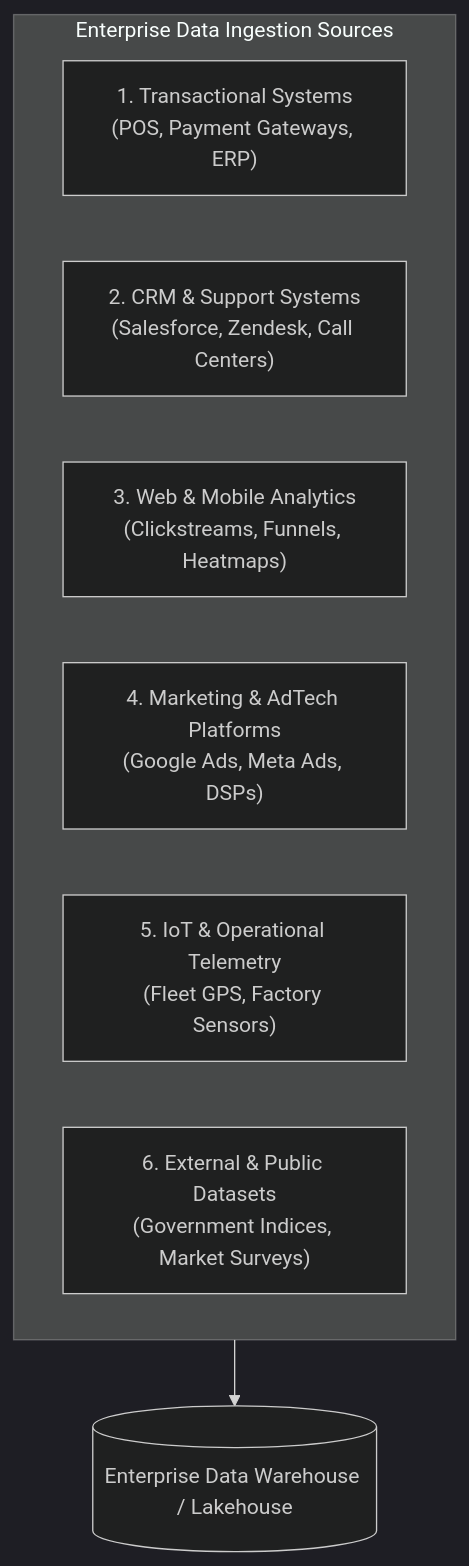
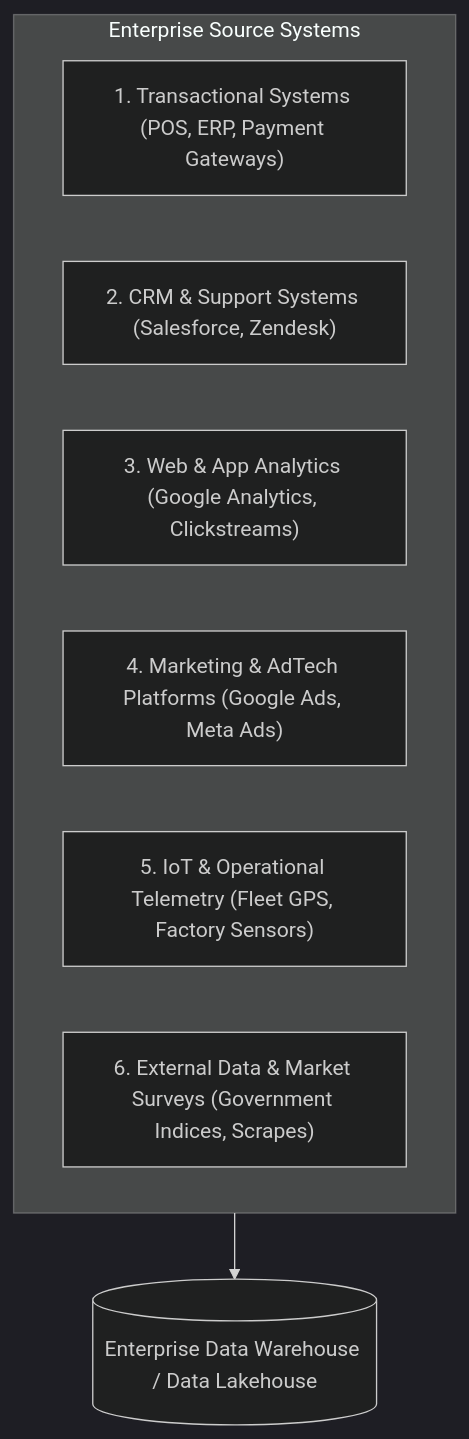
The fourth of 7 diagrams in notes/data_analysis/Chapter7_Introduction_to_Business_Data.md (DeepLumiere/DeepSkills), drawn with Mermaid (dark theme) before and after one commit. The commit also changed other lines of this file and 8 other files, not shown here.

````diff
--- a/notes/data_analysis/Chapter7_Introduction_to_Business_Data.md
+++ b/notes/data_analysis/Chapter7_Introduction_to_Business_Data.md
@@ -217,12 +170,12 @@
 ```mermaid
 flowchart TD
-    subgraph Sources["Enterprise Data Ingestion Sources"]
-        S1["1. Transactional Systems<br/>(POS, Payment Gateways, ERP)"]
-        S2["2. CRM & Support Systems<br/>(Salesforce, Zendesk, Call Centers)"]
-        S3["3. Web & Mobile Analytics<br/>(Clickstreams, Funnels, Heatmaps)"]
-        S4["4. Marketing & AdTech Platforms<br/>(Google Ads, Meta Ads, DSPs)"]
-        S5["5. IoT & Operational Telemetry<br/>(Fleet GPS, Factory Sensors)"]
-        S6["6. External & Public Datasets<br/>(Government Indices, Market Surveys)"]
+    subgraph Sources["Enterprise Source Systems"]
+        S1["1. Transactional Systems (POS, ERP, Payment Gateways)"]
+        S2["2. CRM & Support Systems (Salesforce, Zendesk)"]
+        S3["3. Web & App Analytics (Google Analytics, Clickstreams)"]
+        S4["4. Marketing & AdTech Platforms (Google Ads, Meta Ads)"]
+        S5["5. IoT & Operational Telemetry (Fleet GPS, Factory Sensors)"]
+        S6["6. External Data & Market Surveys (Government Indices, Scrapes)"]
     end
-    Sources --> DWH[("Enterprise Data Warehouse / Lakehouse")]
+    Sources --> DWH[("Enterprise Data Warehouse / Data Lakehouse")]
 ```
````
